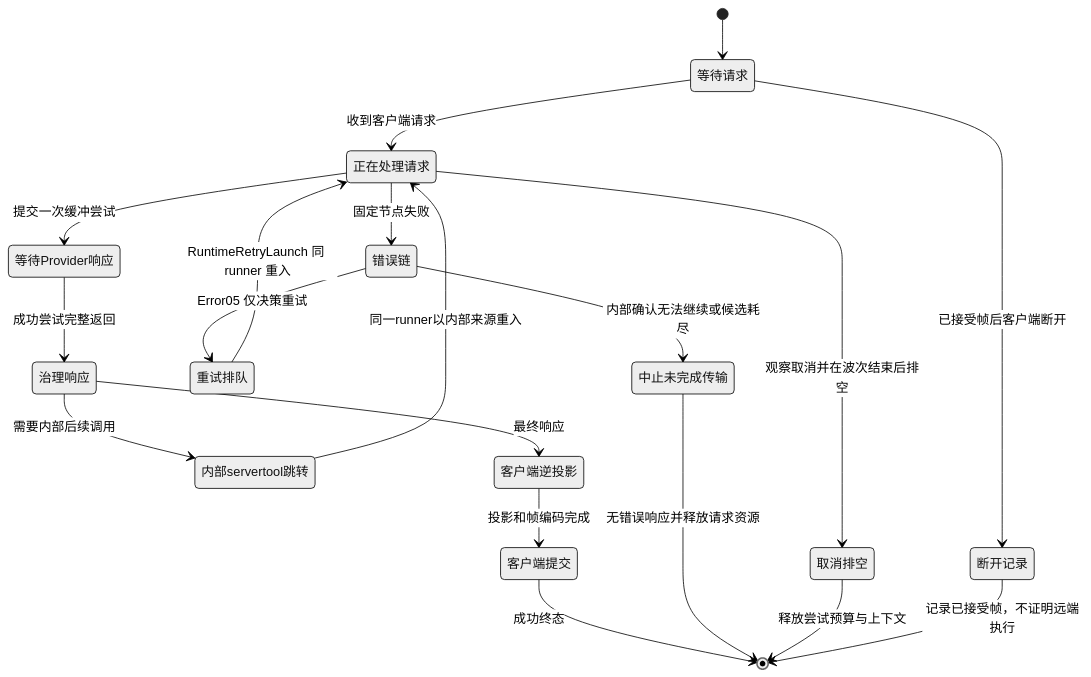
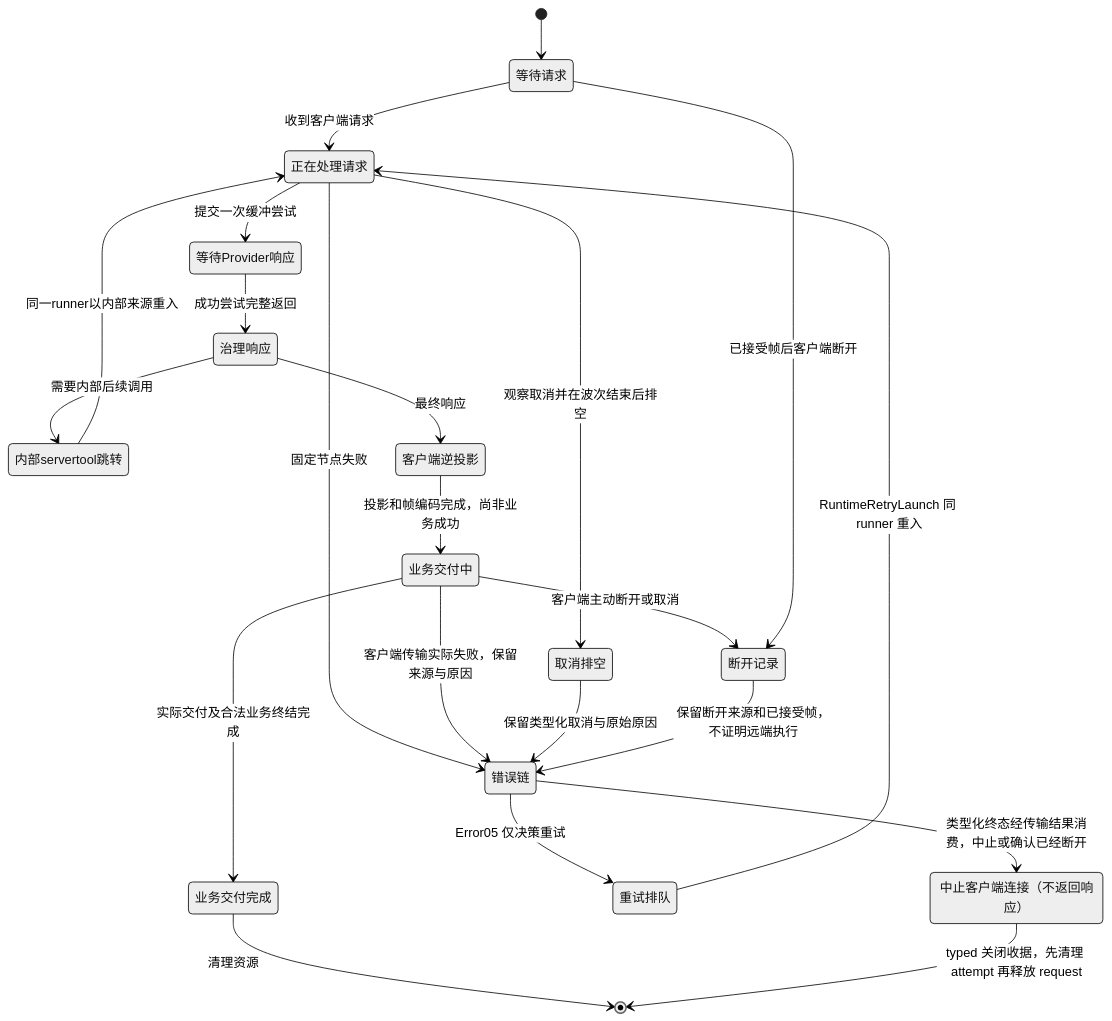
Before and after one commit to Jasonzhangf/routecodex: the fourth of 4 diagrams in docs/design/v3-unified-operation-runner-design.md, drawn with Mermaid (neutral theme). The commit also changed other lines of this file and 13 other files, not shown here.

Commit message:
fix(architecture): correct provider failure DAG

````diff
--- a/docs/design/v3-unified-operation-runner-design.md
+++ b/docs/design/v3-unified-operation-runner-design.md
@@ -420,21 +427,25 @@
 ```mermaid
 stateDiagram-v2
   [*] --> 等待请求
   等待请求 --> 正在处理请求: 收到客户端请求
   正在处理请求 --> 等待Provider响应: 提交一次缓冲尝试
   正在处理请求 --> 错误链: 固定节点失败
   等待Provider响应 --> 治理响应: 成功尝试完整返回
   治理响应 --> 内部servertool跳转: 需要内部后续调用
   内部servertool跳转 --> 正在处理请求: 同一runner以内部来源重入
   治理响应 --> 客户端逆投影: 最终响应
-  客户端逆投影 --> 客户端提交: 投影和帧编码完成
-  客户端提交 --> [*]: 成功终态
+  客户端逆投影 --> 业务交付中: 投影和帧编码完成，尚非业务成功
+  业务交付中 --> 业务交付完成: 实际交付及合法业务终结完成
+  业务交付完成 --> [*]: 清理资源
+  业务交付中 --> 错误链: 客户端传输实际失败，保留来源与原因
+  业务交付中 --> 断开记录: 客户端主动断开或取消
   错误链 --> 重试排队: Error05 仅决策重试
   重试排队 --> 正在处理请求: RuntimeRetryLaunch 同 runner 重入
-  错误链 --> 中止未完成传输: 内部确认无法继续或候选耗尽
-  中止未完成传输 --> [*]: 无错误响应并释放请求资源
+  state "中止客户端连接（不返回响应）" as 连接中止
+  错误链 --> 连接中止: 类型化终态经传输结果消费，中止或确认已经断开
+  连接中止 --> [*]: typed 关闭收据，先清理 attempt 再释放 request
   正在处理请求 --> 取消排空: 观察取消并在波次结束后排空
-  取消排空 --> [*]: 释放尝试预算与上下文
+  取消排空 --> 错误链: 保留类型化取消与原始原因
   等待请求 --> 断开记录: 已接受帧后客户端断开
-  断开记录 --> [*]: 记录已接受帧，不证明远端执行
+  断开记录 --> 错误链: 保留断开来源和已接受帧，不证明远端执行
 ```
````
